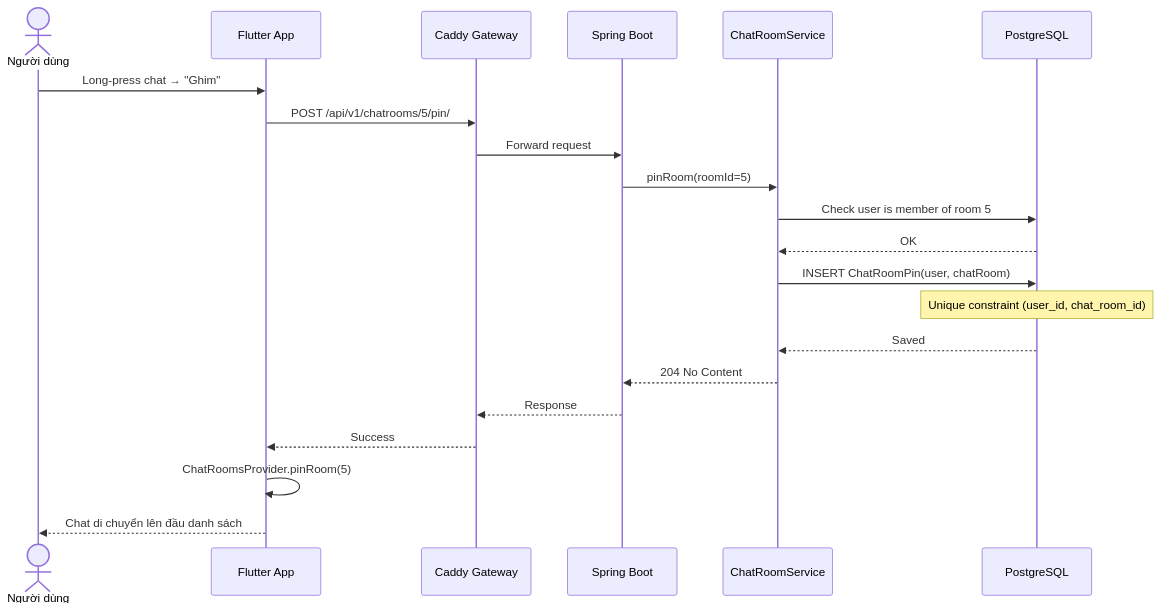
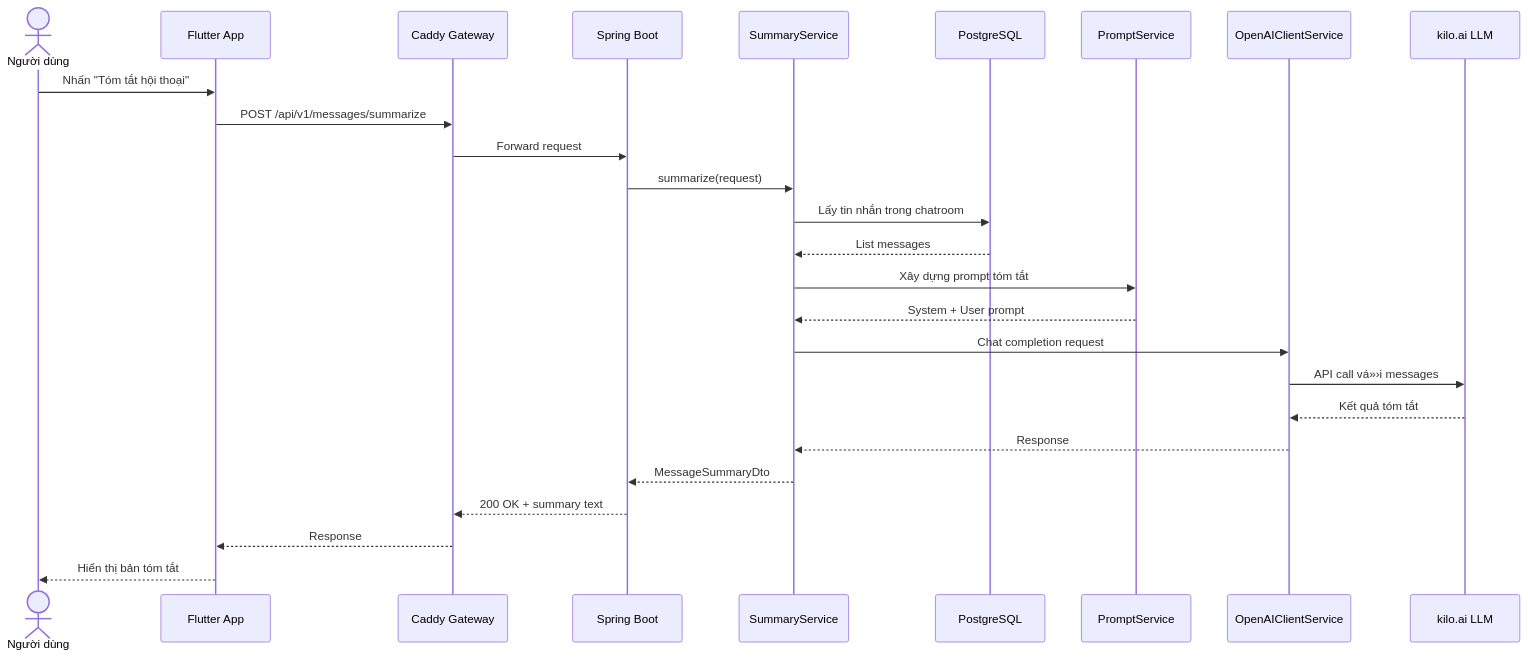
The seventh of 10 diagrams in bao_cao_thanh_vien_3.md (HiepNguyen284/chatapp), drawn with Mermaid before and after one commit. The commit also changed other lines of this file and 4473 other files, not shown here.

````diff
--- a/bao_cao_thanh_vien_3.md
+++ b/bao_cao_thanh_vien_3.md
@@ -703,24 +795,29 @@
 ```mermaid
 sequenceDiagram
     actor User as Người dùng
     participant App as Flutter App
     participant API as Caddy Gateway
     participant SB as Spring Boot
-    participant RoomSvc as ChatRoomService
+    participant SumSvc as SummaryService
     participant DB as PostgreSQL
+    participant Prompt as PromptService
+    participant OpenAI as OpenAIClientService
+    participant LLM as kilo.ai LLM
 
-    User->>App: Long-press chat → "Ghim"
-    App->>API: POST /api/v1/chatrooms/5/pin/
+    User->>App: Nhấn "Tóm tắt hội thoại"
+    App->>API: POST /api/v1/messages/summarize
     API->>SB: Forward request
-    SB->>RoomSvc: pinRoom(roomId=5)
-    RoomSvc->>DB: Check user is member of room 5
-    DB-->>RoomSvc: OK
-    RoomSvc->>DB: INSERT ChatRoomPin(user, chatRoom)
-    Note over DB: Unique constraint (user_id, chat_room_id)
-    DB-->>RoomSvc: Saved
-    RoomSvc-->>SB: 204 No Content
-    SB-->>API: Response
-    API-->>App: Success
-    App->>App: ChatRoomsProvider.pinRoom(5)
-    App-->>User: Chat di chuyển lên đầu danh sách
+    SB->>SumSvc: summarize(request)
+    SumSvc->>DB: Lấy tin nhắn trong chatroom
+    DB-->>SumSvc: List messages
+    SumSvc->>Prompt: Xây dựng prompt tóm tắt
+    Prompt-->>SumSvc: System + User prompt
+    SumSvc->>OpenAI: Chat completion request
+    OpenAI->>LLM: API call vá»›i messages
+    LLM-->>OpenAI: Kết quả tóm tắt
+    OpenAI-->>SumSvc: Response
+    SumSvc-->>SB: MessageSummaryDto
+    SB-->>API: 200 OK + summary text
+    API-->>App: Response
+    App-->>User: Hiển thị bản tóm tắt
 ```
````
